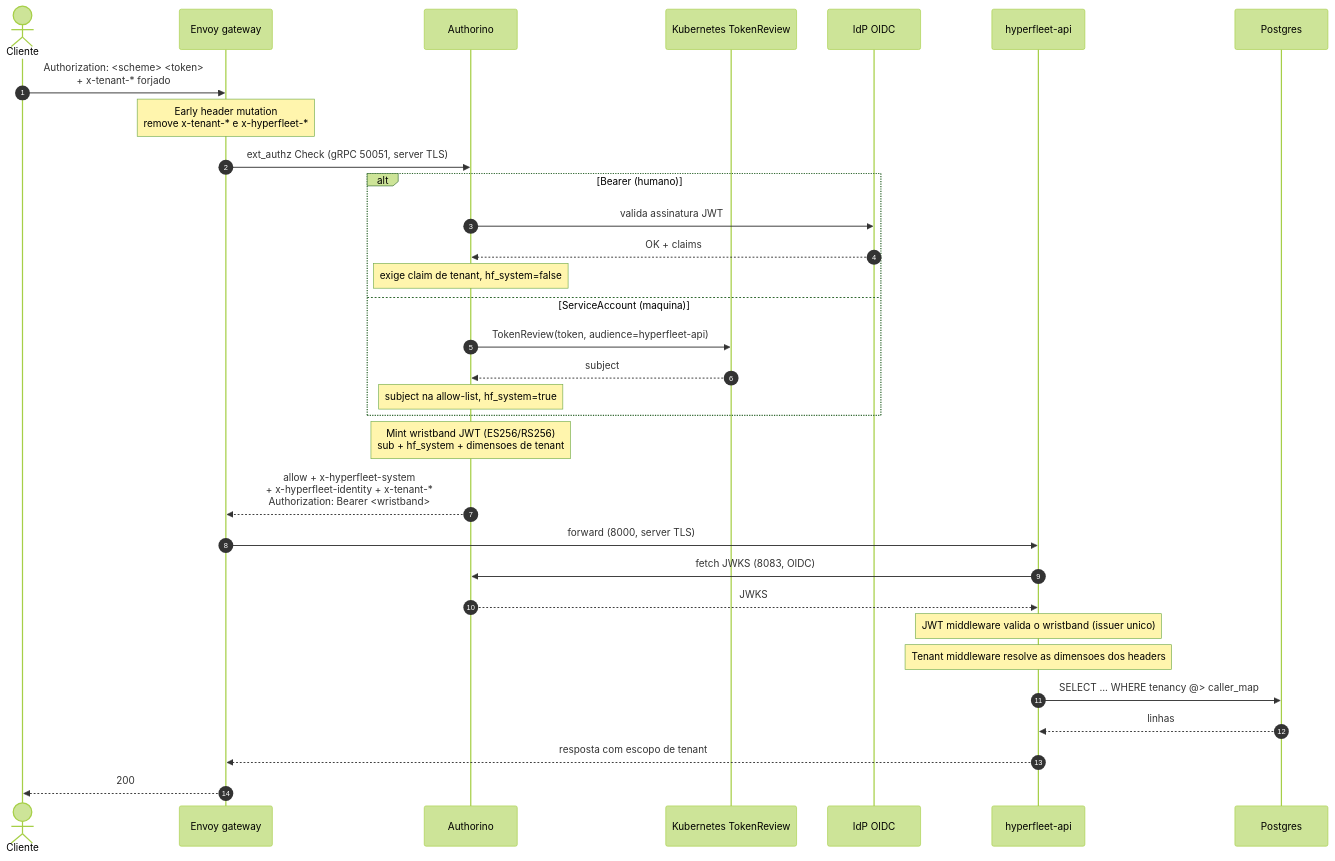
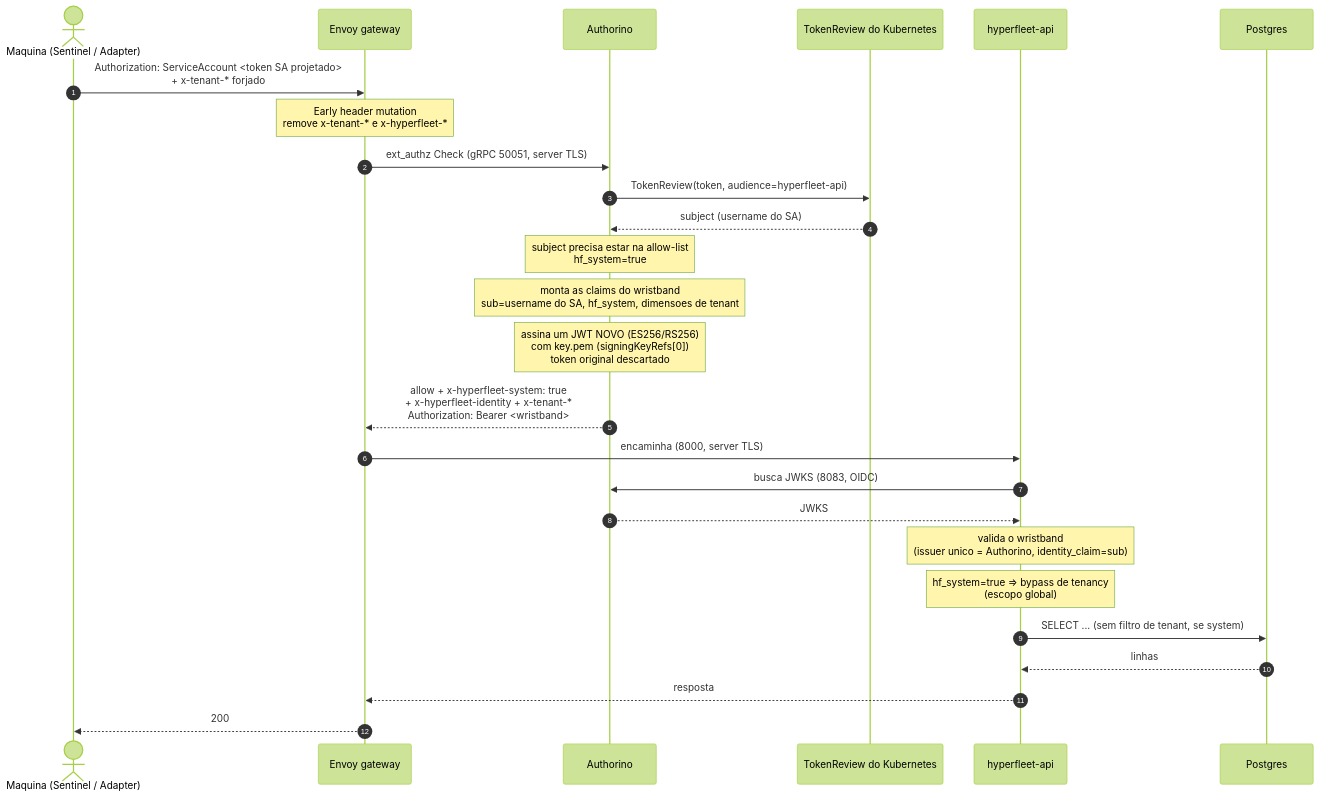
The third of 7 diagrams in hyperfleet/docs/gateway-auth-sequence-diagrams.md (rafabene/hyperfleet-architecture), drawn with Mermaid (forest theme) before and after one commit. The commit also changed other lines of this file, not shown here.

First line of the commit message:
docs: localize gateway auth diagrams and add ticket map

````diff
--- a/hyperfleet/docs/gateway-auth-sequence-diagrams.md
+++ b/hyperfleet/docs/gateway-auth-sequence-diagrams.md
@@ -52,37 +123,29 @@
 ```mermaid
 sequenceDiagram
     autonumber
-    actor C as Cliente
+    actor M as Maquina (Sentinel / Adapter)
     participant E as Envoy gateway
     participant A as Authorino
-    participant K as Kubernetes TokenReview
-    participant I as IdP OIDC
+    participant K as TokenReview do Kubernetes
     participant API as hyperfleet-api
     participant DB as Postgres
 
-    C->>E: Authorization: <scheme> <token><br/>+ x-tenant-* forjado
+    M->>E: Authorization: ServiceAccount <token SA projetado><br/>+ x-tenant-* forjado
     Note over E: Early header mutation<br/>remove x-tenant-* e x-hyperfleet-*
     E->>A: ext_authz Check (gRPC 50051, server TLS)
-
-    alt Bearer (humano)
-        A->>I: valida assinatura JWT
-        I-->>A: OK + claims
-        Note over A: exige claim de tenant, hf_system=false
-    else ServiceAccount (maquina)
-        A->>K: TokenReview(token, audience=hyperfleet-api)
-        K-->>A: subject
-        Note over A: subject na allow-list, hf_system=true
-    end
-
-    Note over A: Mint wristband JWT (ES256/RS256)<br/>sub + hf_system + dimensoes de tenant
-    A-->>E: allow + x-hyperfleet-system<br/>+ x-hyperfleet-identity + x-tenant-*<br/>Authorization: Bearer <wristband>
-    E->>API: forward (8000, server TLS)
-    API->>A: fetch JWKS (8083, OIDC)
+    A->>K: TokenReview(token, audience=hyperfleet-api)
+    K-->>A: subject (username do SA)
+    Note over A: subject precisa estar na allow-list<br/>hf_system=true
+    Note over A: monta as claims do wristband<br/>sub=username do SA, hf_system, dimensoes de tenant
+    Note over A: assina um JWT NOVO (ES256/RS256)<br/>com key.pem (signingKeyRefs[0])<br/>token original descartado
+    A-->>E: allow + x-hyperfleet-system: true<br/>+ x-hyperfleet-identity + x-tenant-*<br/>Authorization: Bearer <wristband>
+    E->>API: encaminha (8000, server TLS)
+    API->>A: busca JWKS (8083, OIDC)
     A-->>API: JWKS
-    Note over API: JWT middleware valida o wristband (issuer unico)
-    Note over API: Tenant middleware resolve as dimensoes dos headers
-    API->>DB: SELECT ... WHERE tenancy @> caller_map
+    Note over API: valida o wristband<br/>(issuer unico = Authorino, identity_claim=sub)
+    Note over API: hf_system=true => bypass de tenancy<br/>(escopo global)
+    API->>DB: SELECT ... (sem filtro de tenant, se system)
     DB-->>API: linhas
-    API-->>E: resposta com escopo de tenant
-    E-->>C: 200
+    API-->>E: resposta
+    E-->>M: 200
 ```
````
